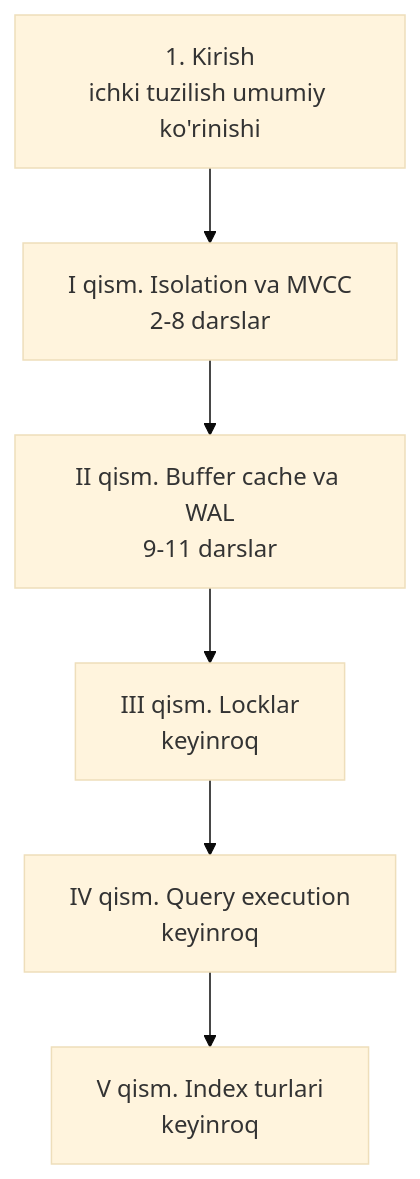
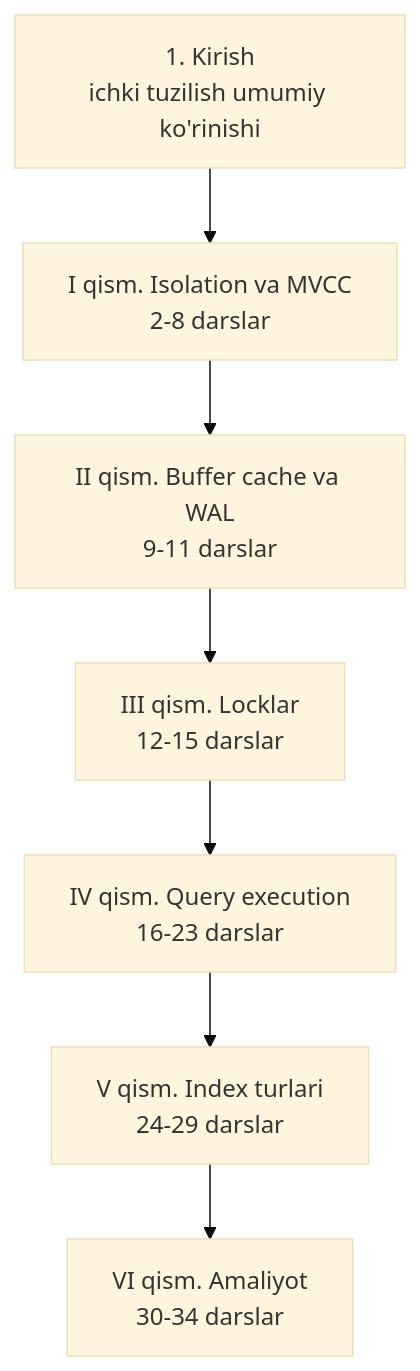
Before and after one commit to Otajonoov/dev: the diagram in 2. Database/2. Postgres/2. Advanced PostgreSQL/README.md, drawn with Mermaid (base theme). The commit also changed other lines of this file and 240 other files, not shown here.

````diff
--- a/2. Database/2. Postgres/2. Advanced PostgreSQL/README.md
+++ b/2. Database/2. Postgres/2. Advanced PostgreSQL/README.md
@@ -10,8 +10,9 @@
 ```mermaid
 flowchart TD
-    A[1. Kirish\nichki tuzilish umumiy ko'rinishi] --> B[I qism. Isolation va MVCC\n2-8 darslar]
-    B --> C[II qism. Buffer cache va WAL\n9-11 darslar]
-    C --> D[III qism. Locklar\nkeyinroq]
-    D --> E[IV qism. Query execution\nkeyinroq]
-    E --> F[V qism. Index turlari\nkeyinroq]
+    A["1. Kirish\nichki tuzilish umumiy ko'rinishi"] --> B["I qism. Isolation va MVCC\n2-8 darslar"]
+    B --> C["II qism. Buffer cache va WAL\n9-11 darslar"]
+    C --> D["III qism. Locklar\n12-15 darslar"]
+    D --> E["IV qism. Query execution\n16-23 darslar"]
+    E --> F["V qism. Index turlari\n24-29 darslar"]
+    F --> G["VI qism. Amaliyot\n30-34 darslar"]
 ```
````
